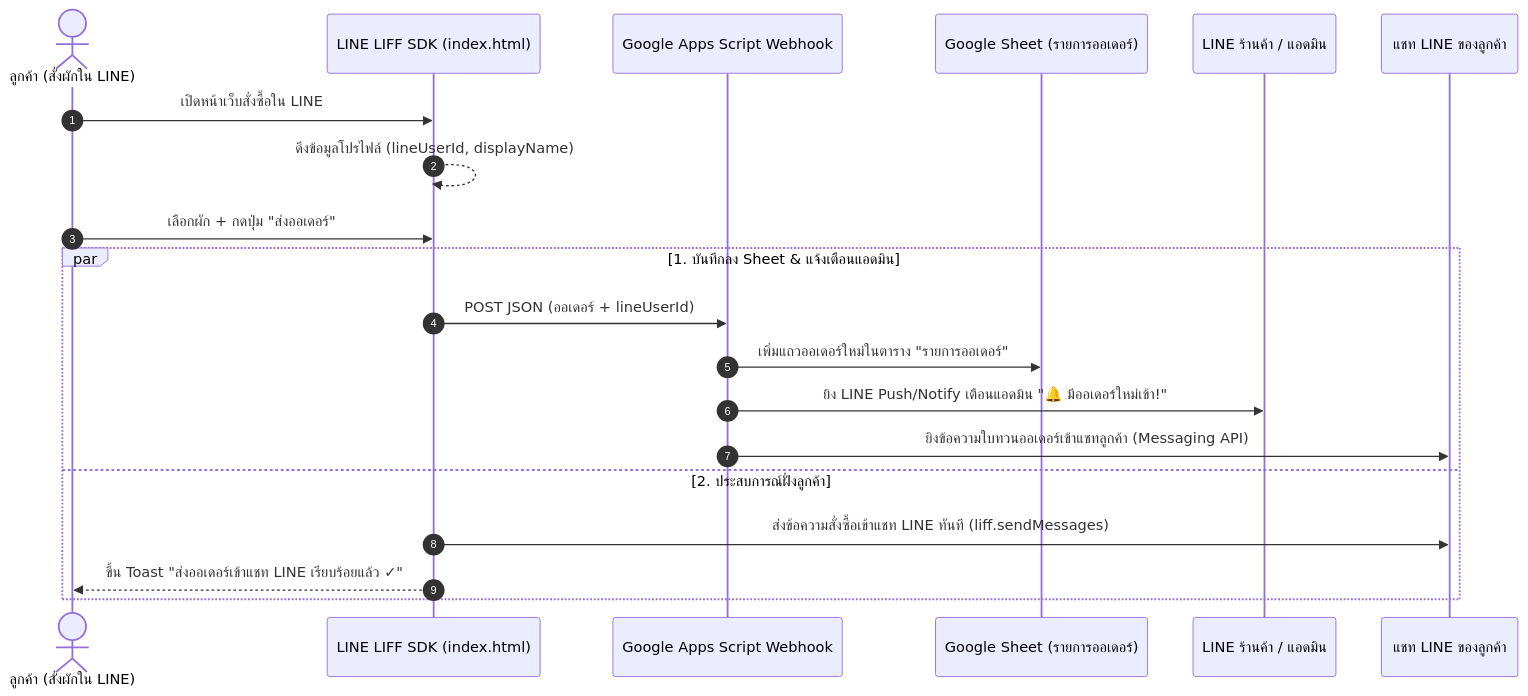
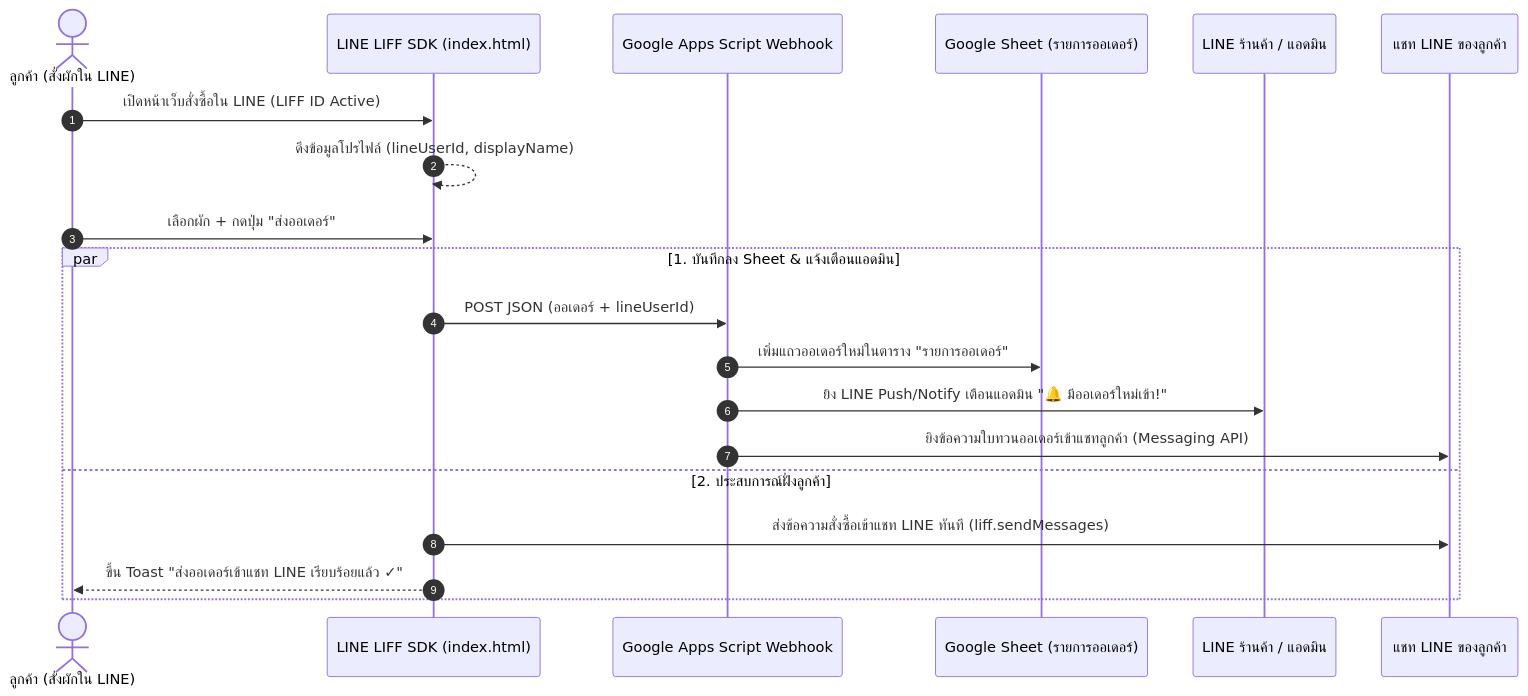
Before and after one commit to Fang14298/produce-order: the diagram in docs/superpowers/specs/2026-08-09-google-sheet-auto-order-design.md, drawn with Mermaid. The commit also changed other lines of this file and 2 other files, not shown here.

Commit message:
feat: set active LIFF ID and LINE Channel Access Token, update design spec

````diff
--- a/docs/superpowers/specs/2026-08-09-google-sheet-auto-order-design.md
+++ b/docs/superpowers/specs/2026-08-09-google-sheet-auto-order-design.md
@@ -23,23 +23,23 @@
 ```mermaid
 sequenceDiagram
     autonumber
     actor Customer as ลูกค้า (สั่งผักใน LINE)
     participant LIFF as LINE LIFF SDK (index.html)
     participant GAS as Google Apps Script Webhook
     participant Sheet as Google Sheet (รายการออเดอร์)
     participant AdminLine as LINE ร้านค้า / แอดมิน
     participant CustomerLine as แชท LINE ของลูกค้า
 
-    Customer->>LIFF: เปิดหน้าเว็บสั่งซื้อใน LINE
+    Customer->>LIFF: เปิดหน้าเว็บสั่งซื้อใน LINE (LIFF ID Active)
     LIFF-->>LIFF: ดึงข้อมูลโปรไฟล์ (lineUserId, displayName)
     Customer->>LIFF: เลือกผัก + กดปุ่ม "ส่งออเดอร์"
     par 1. บันทึกลง Sheet & แจ้งเตือนแอดมิน
         LIFF->>GAS: POST JSON (ออเดอร์ + lineUserId)
         GAS->>Sheet: เพิ่มแถวออเดอร์ใหม่ในตาราง "รายการออเดอร์"
         GAS->>AdminLine: ยิง LINE Push/Notify เตือนแอดมิน "🔔 มีออเดอร์ใหม่เข้า!"
         GAS->>CustomerLine: ยิงข้อความใบทวนออเดอร์เข้าแชทลูกค้า (Messaging API)
     and 2. ประสบการณ์ฝั่งลูกค้า
         LIFF->>CustomerLine: ส่งข้อความสั่งซื้อเข้าแชท LINE ทันที (liff.sendMessages)
         LIFF-->>Customer: ขึ้น Toast "ส่งออเดอร์เข้าแชท LINE เรียบร้อยแล้ว ✓"
     end
 ```
````
